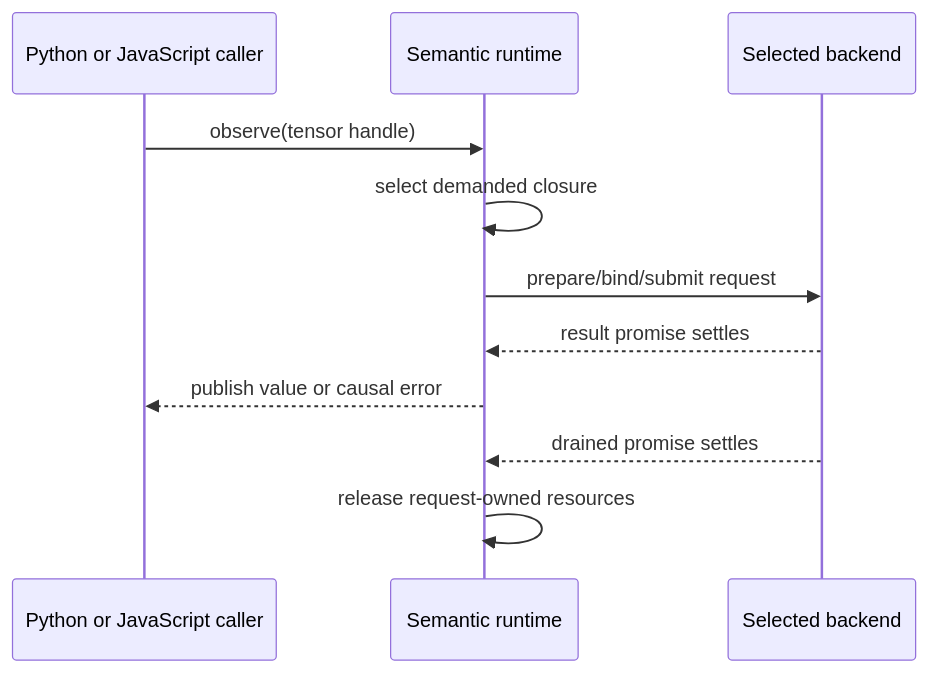
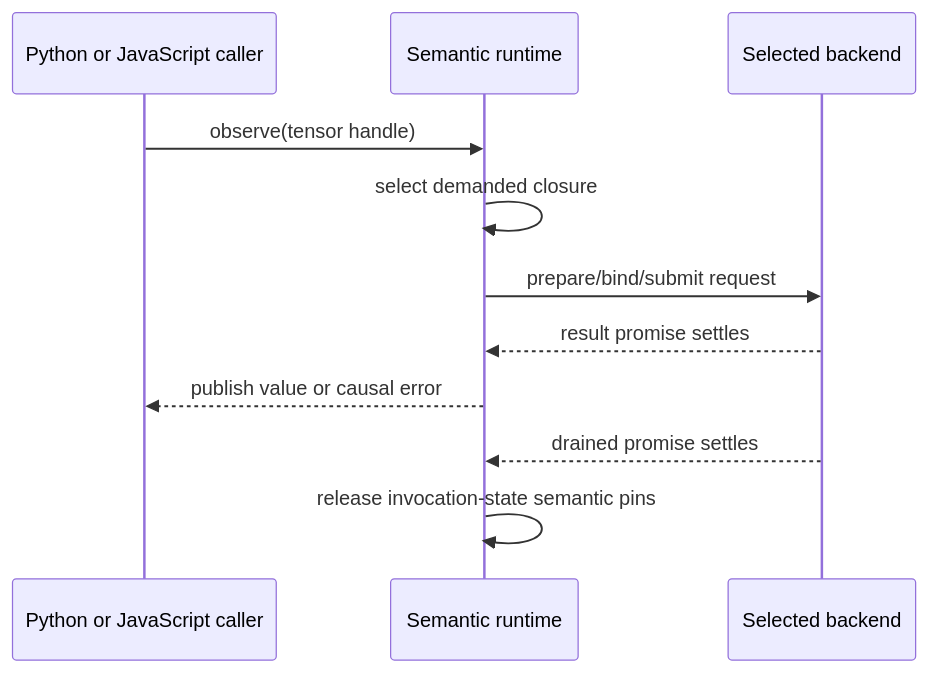
Before and after one commit to isaacperez/tabgrad: the second of 3 diagrams in docs/architecture/execution-lifecycle.md, drawn with Mermaid. The commit also changed other lines of this file and 2 other files, not shown here.

Commit message:
Clarify runtime ownership and reentrant backward

````diff
--- a/docs/architecture/execution-lifecycle.md
+++ b/docs/architecture/execution-lifecycle.md
@@ -121,14 +121,14 @@
 ```mermaid
 sequenceDiagram
     participant Python as Python or JavaScript caller
     participant Runtime as Semantic runtime
     participant Backend as Selected backend
 
     Python->>Runtime: observe(tensor handle)
     Runtime->>Runtime: select demanded closure
     Runtime->>Backend: prepare/bind/submit request
     Backend-->>Runtime: result promise settles
     Runtime-->>Python: publish value or causal error
     Backend-->>Runtime: drained promise settles
-    Runtime->>Runtime: release request-owned resources
+    Runtime->>Runtime: release invocation-state semantic pins
 ```
````
